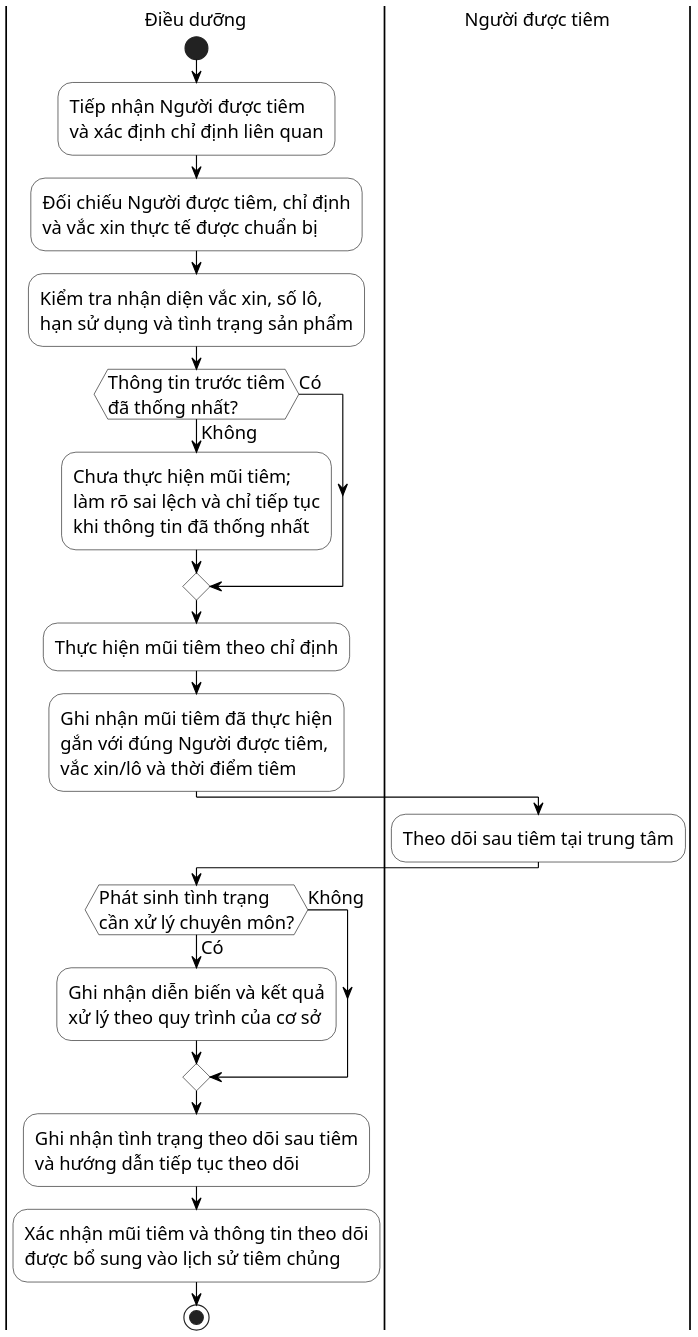
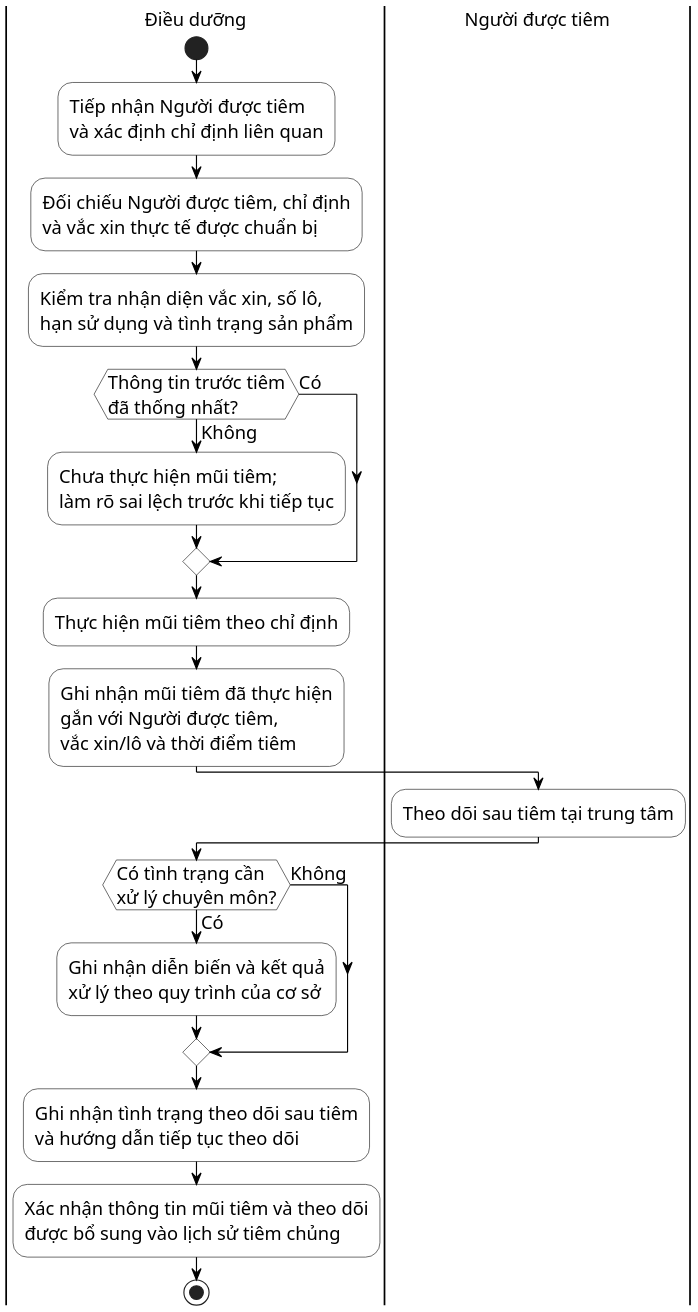
Before and after one commit to datngo1203/KLCN-QuanLyTiemChung: the diagram in docs/thesis/uml/Hinh_2_8_Activity_Tiem_Va_Theo_Doi.puml, drawn with PlantUML. The commit also changed 8 other files, not shown here.

Commit message:
docs: normalize business UML print layout

```diff
--- a/docs/thesis/uml/Hinh_2_8_Activity_Tiem_Va_Theo_Doi.puml
+++ b/docs/thesis/uml/Hinh_2_8_Activity_Tiem_Va_Theo_Doi.puml
@@ -1,40 +1,40 @@
 @startuml
-' HUIT UML Visual Profile v1 - compact print layout
+' HUIT UML Visual Profile v1 - compact-fixed layout
 skinparam monochrome true
 skinparam shadowing false
 skinparam backgroundColor white
 skinparam defaultFontName "Times New Roman"
 skinparam defaultFontSize 16
 skinparam ArrowColor black
 skinparam ActivityBorderColor black
 skinparam ActivityBackgroundColor white
 skinparam PartitionBorderColor black
 skinparam PartitionBackgroundColor white
 skinparam dpi 180
 
 |Điều dưỡng|
 start
 :Tiếp nhận Người được tiêm\nvà xác định chỉ định liên quan;
 :Đối chiếu Người được tiêm, chỉ định\nvà vắc xin thực tế được chuẩn bị;
 :Kiểm tra nhận diện vắc xin, số lô,\nhạn sử dụng và tình trạng sản phẩm;
 
 if (Thông tin trước tiêm\nđã thống nhất?) then (Có)
 else (Không)
-  :Chưa thực hiện mũi tiêm;\nlàm rõ sai lệch và chỉ tiếp tục\nkhi thông tin đã thống nhất;
+  :Chưa thực hiện mũi tiêm;\nlàm rõ sai lệch trước khi tiếp tục;
 endif
 
 :Thực hiện mũi tiêm theo chỉ định;
-:Ghi nhận mũi tiêm đã thực hiện\ngắn với đúng Người được tiêm,\nvắc xin/lô và thời điểm tiêm;
+:Ghi nhận mũi tiêm đã thực hiện\ngắn với Người được tiêm,\nvắc xin/lô và thời điểm tiêm;
 
 |Người được tiêm|
 :Theo dõi sau tiêm tại trung tâm;
 
 |Điều dưỡng|
-if (Phát sinh tình trạng\ncần xử lý chuyên môn?) then (Có)
+if (Có tình trạng cần\nxử lý chuyên môn?) then (Có)
   :Ghi nhận diễn biến và kết quả\nxử lý theo quy trình của cơ sở;
 else (Không)
 endif
 :Ghi nhận tình trạng theo dõi sau tiêm\nvà hướng dẫn tiếp tục theo dõi;
-:Xác nhận mũi tiêm và thông tin theo dõi\nđược bổ sung vào lịch sử tiêm chủng;
+:Xác nhận thông tin mũi tiêm và theo dõi\nđược bổ sung vào lịch sử tiêm chủng;
 stop
 @enduml
```
